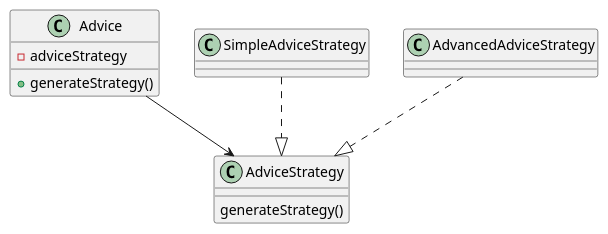
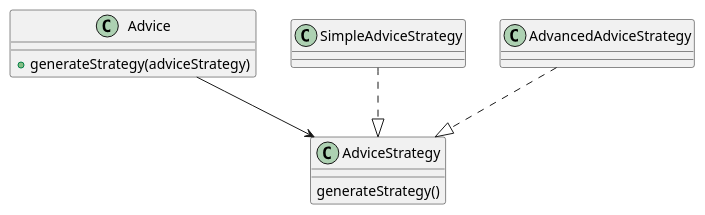
The diagram in timo c4 code diagram strategy.puml (AIM-ENE-feb25/triptop-groep-tweeeeeeeeeeeeeeeeeeeeee), drawn with PlantUML before and after one commit.

Commit message:
updated code

```diff
--- a/timo c4 code diagram strategy.puml
+++ b/timo c4 code diagram strategy.puml
@@ -1,23 +1,22 @@
 @startuml
 
 class Advice {
-    - adviceStrategy
-    + generateStrategy()
+    + generateStrategy(adviceStrategy)
 }
 
 class AdviceStrategy {
     generateStrategy()
 }
 
 class SimpleAdviceStrategy{
 
 }
 
 class AdvancedAdviceStrategy{
 
 }
 
 Advice --> AdviceStrategy
 SimpleAdviceStrategy..|>AdviceStrategy
 AdvancedAdviceStrategy..|>AdviceStrategy
 @enduml
```
